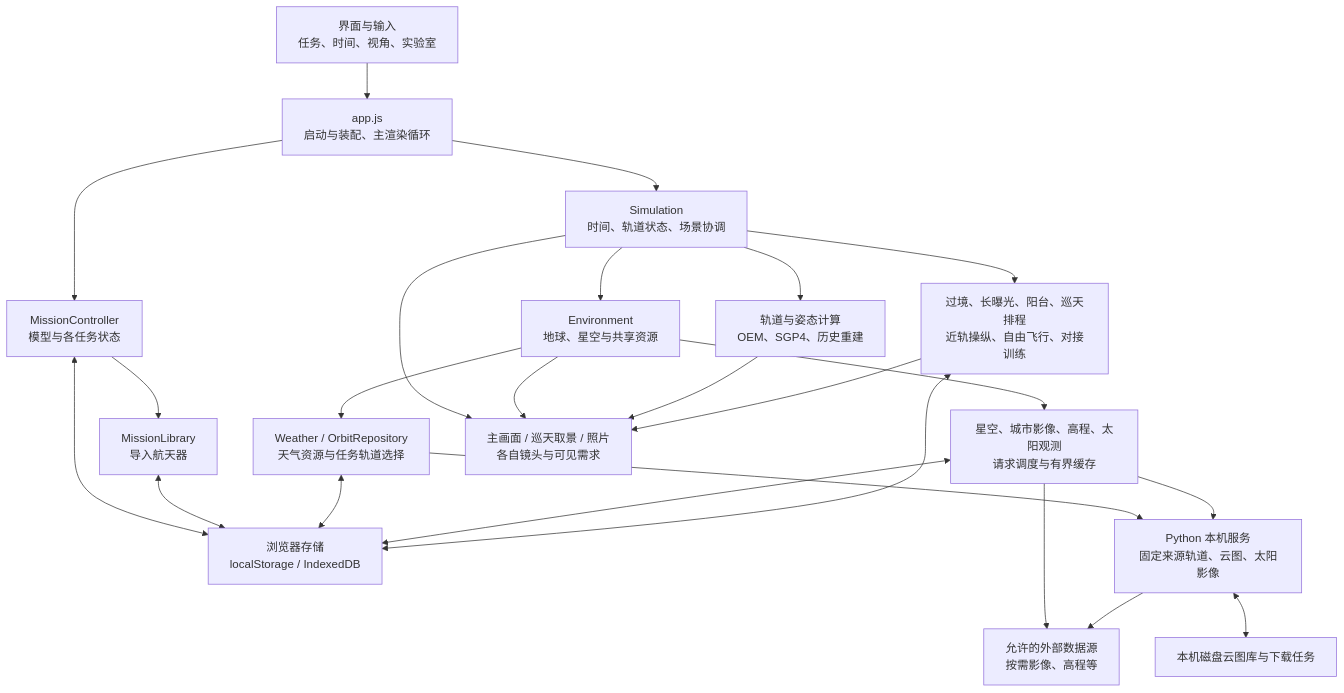
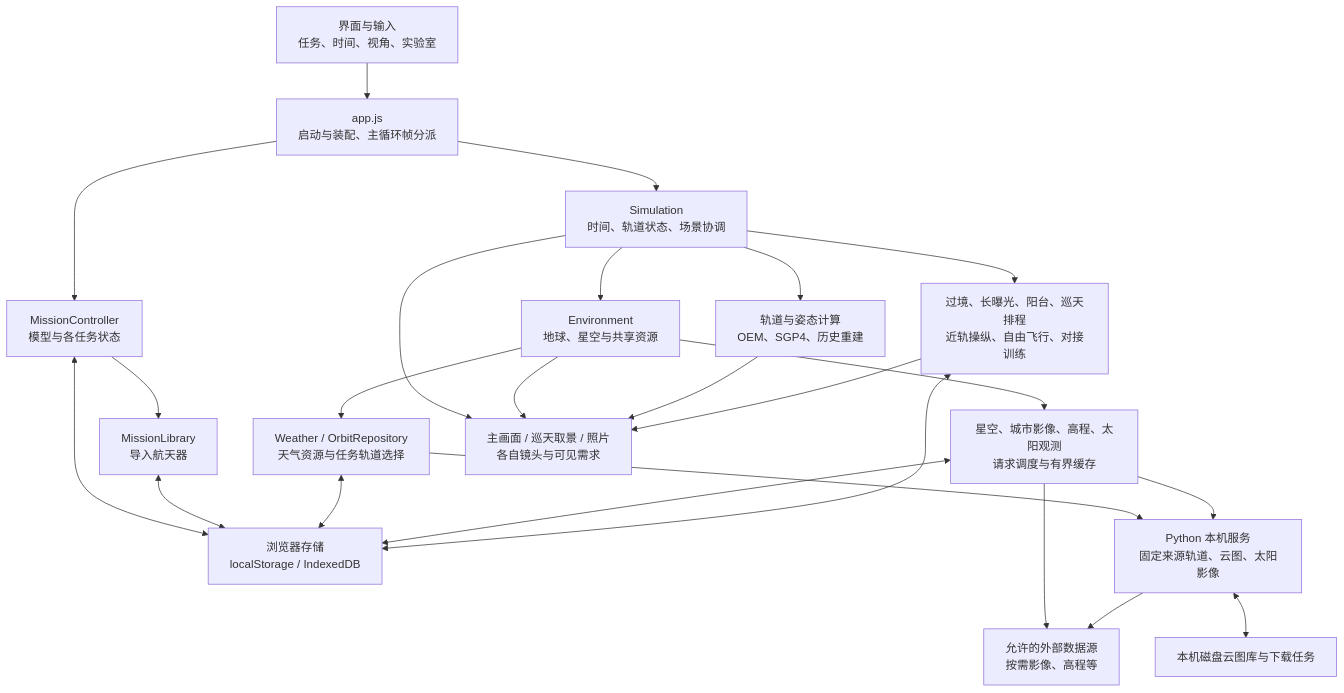
One commit to Wenshuishi0528/StarOrbit changed the diagram in docs/architecture.md. Above: the diagram before and after it, drawn with Mermaid. The commit also changed other lines of this file and 355 other files, not shown here.

````diff
--- a/docs/architecture.md
+++ b/docs/architecture.md
@@ -49,26 +9,26 @@
 ```mermaid
 flowchart TD
-    UI[界面与输入<br/>任务、时间、视角、实验室] --> APP[app.js<br/>启动与装配、主渲染循环]
+    UI[界面与输入<br/>任务、时间、视角、实验室] --> APP[app.js<br/>启动与装配、主循环帧分派]
     APP --> SIM[Simulation<br/>时间、轨道状态、场景协调]
     APP --> MC[MissionController<br/>模型与各任务状态]
     MC --> ML[MissionLibrary<br/>导入航天器]
     SIM --> ORB[轨道与姿态计算<br/>OEM、SGP4、历史重建]
     SIM --> ENV[Environment<br/>地球、星空与共享资源]
     ENV --> WEATHER[Weather / OrbitRepository<br/>天气资源与任务轨道选择]
     ENV --> DETAIL[星空、城市影像、高程、太阳观测<br/>请求调度与有界缓存]
     SIM --> VIEWS[主画面 / 巡天取景 / 照片<br/>各自镜头与可见需求]
     ENV --> VIEWS
     ORB --> VIEWS
     SIM --> LABS[过境、长曝光、阳台、巡天排程<br/>近轨操纵、自由飞行、对接训练]
     LABS --> VIEWS
     MC <--> STORE[浏览器存储<br/>localStorage / IndexedDB]
     ML <--> STORE
     WEATHER <--> STORE
     DETAIL <--> STORE
     LABS <--> STORE
     WEATHER --> SERVICE[Python 本机服务<br/>固定来源轨道、云图、太阳影像]
     DETAIL --> SERVICE
     DETAIL --> REMOTE[允许的外部数据源<br/>按需影像、高程等]
     SERVICE --> REMOTE
     SERVICE <--> DISK[本机磁盘云图库与下载任务]
 ```
````
